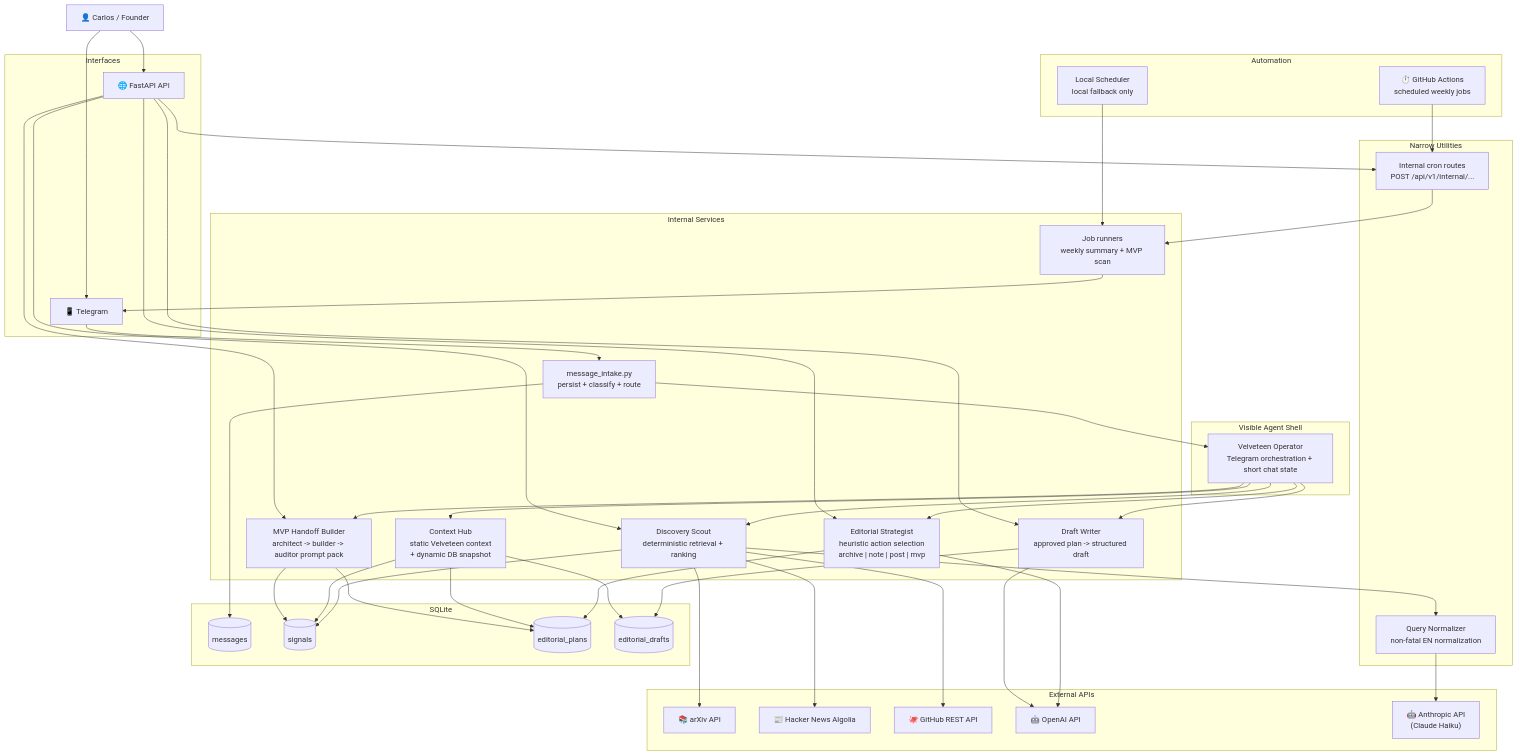
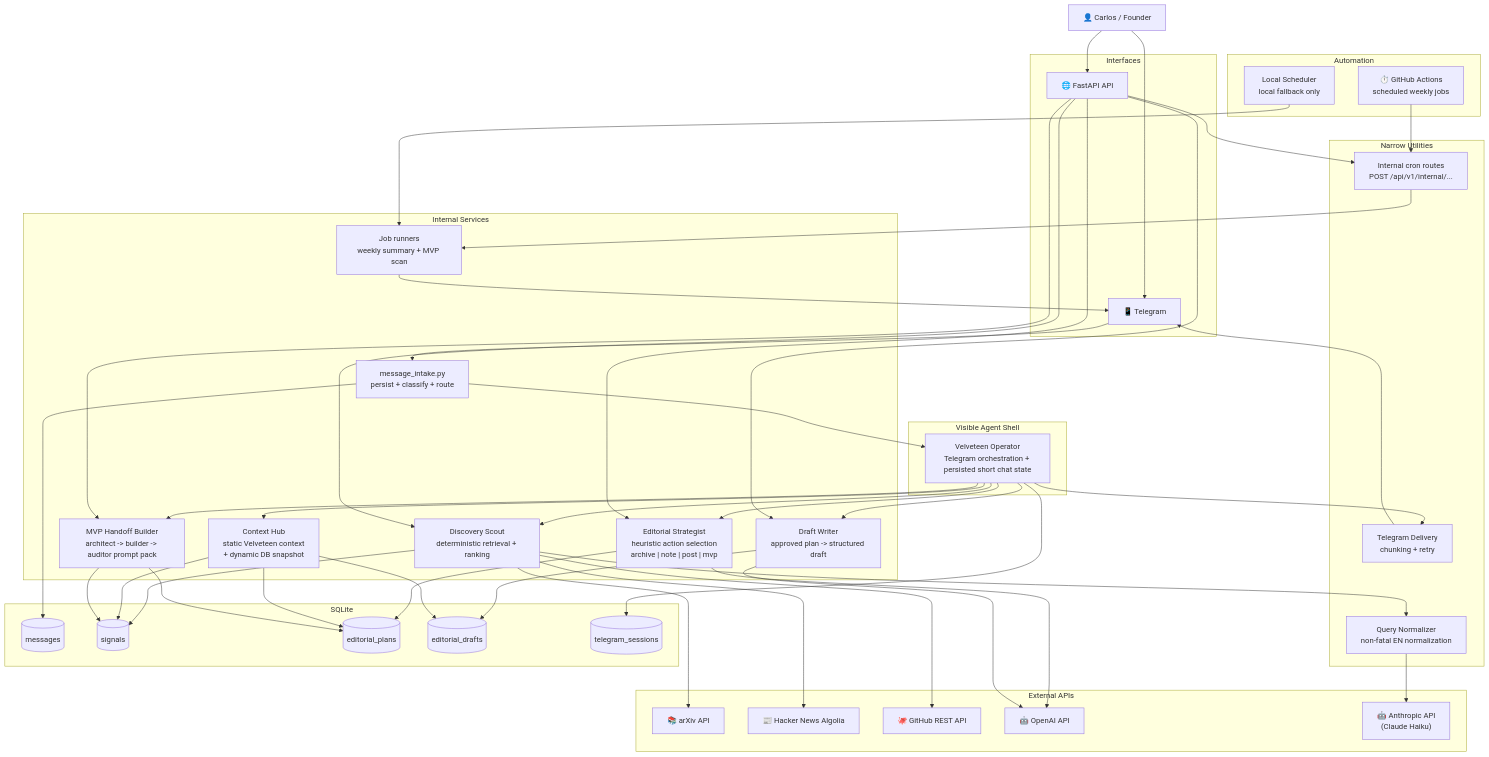
One commit to The-Velveteen-Project/insight_engine changed the diagram in README.md. Above: the diagram before and after it, drawn with Mermaid. The commit also changed other lines of this file, not shown here.

Commit message:
Update README for operator reliability hardening

```diff
--- a/README.md
+++ b/README.md
@@ -202,7 +203,7 @@
     end
 
     subgraph SHELL["Visible Agent Shell"]
-        OP["Velveteen Operator\nTelegram orchestration + short chat state"]
+        OP["Velveteen Operator\nTelegram orchestration + persisted short chat state"]
     end
 
     subgraph CORE["Internal Services"]
@@ -218,6 +219,7 @@
     subgraph UTIL["Narrow Utilities"]
         NORM["Query Normalizer\nnon-fatal EN normalization"]
         INT["Internal cron routes\nPOST /api/v1/internal/..."]
+        TDEL["Telegram Delivery\nchunking + retry"]
     end
 
     subgraph AUTO["Automation"]
@@ -230,6 +232,7 @@
         SIG[("signals")]
         EPL[("editorial_plans")]
         EDR[("editorial_drafts")]
+        SES[("telegram_sessions")]
     end
 
     subgraph EXT["External APIs"]
@@ -252,6 +255,7 @@
     OP --> PLAN
     OP --> DRAFT
     OP --> HAND
+    OP --> TDEL
 
     API --> DISC
     API --> PLAN
@@ -266,6 +270,7 @@
 
     DISC --> NORM
     NORM --> ANT
+    TDEL --> TG
     DISC --> ARX
     DISC --> HN
     DISC --> GIT
@@ -275,6 +280,7 @@
     DISC --> SIG
     PLAN --> EPL
     DRAFT --> EDR
+    OP --> SES
 
     CTX --> SIG
     CTX --> EPL
```
